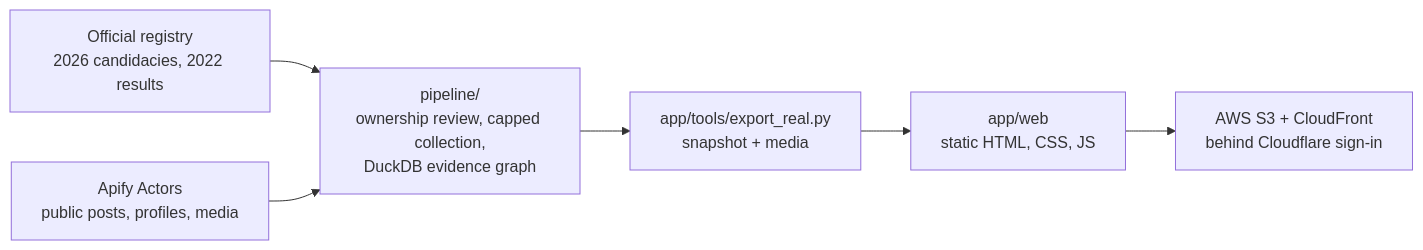
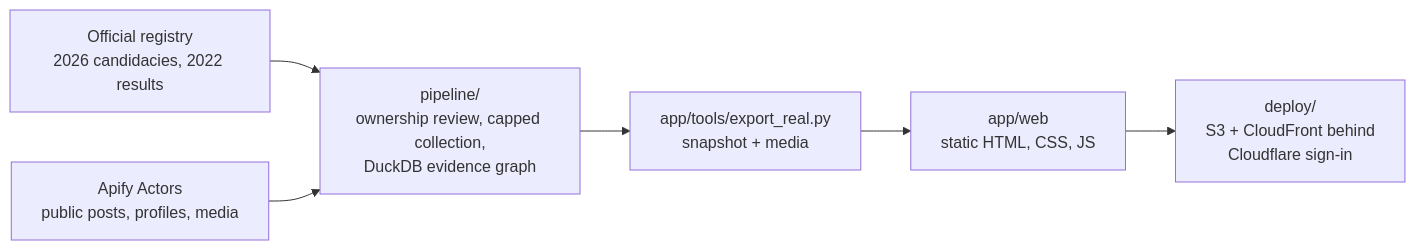
One commit to 1vecera/starwatch changed the diagram in README.md. Above: the diagram before and after it, drawn with Mermaid. The commit also changed other lines of this file and 1 other file, not shown here.

First line of the commit message:
Document the deploy folder in the README and test commands

````diff
--- a/README.md
+++ b/README.md
@@ -37,8 +37,8 @@
 ```mermaid
 flowchart LR
   R["Official registry<br/>2026 candidacies, 2022 results"] --> P
   A["Apify Actors<br/>public posts, profiles, media"] --> P
   P["pipeline/<br/>ownership review, capped collection,<br/>DuckDB evidence graph"] --> E["app/tools/export_real.py<br/>snapshot + media"]
   E --> W["app/web<br/>static HTML, CSS, JS"]
-  W --> H["AWS S3 + CloudFront<br/>behind Cloudflare sign-in"]
+  W --> H["deploy/<br/>S3 + CloudFront behind<br/>Cloudflare sign-in"]
 ```
````
